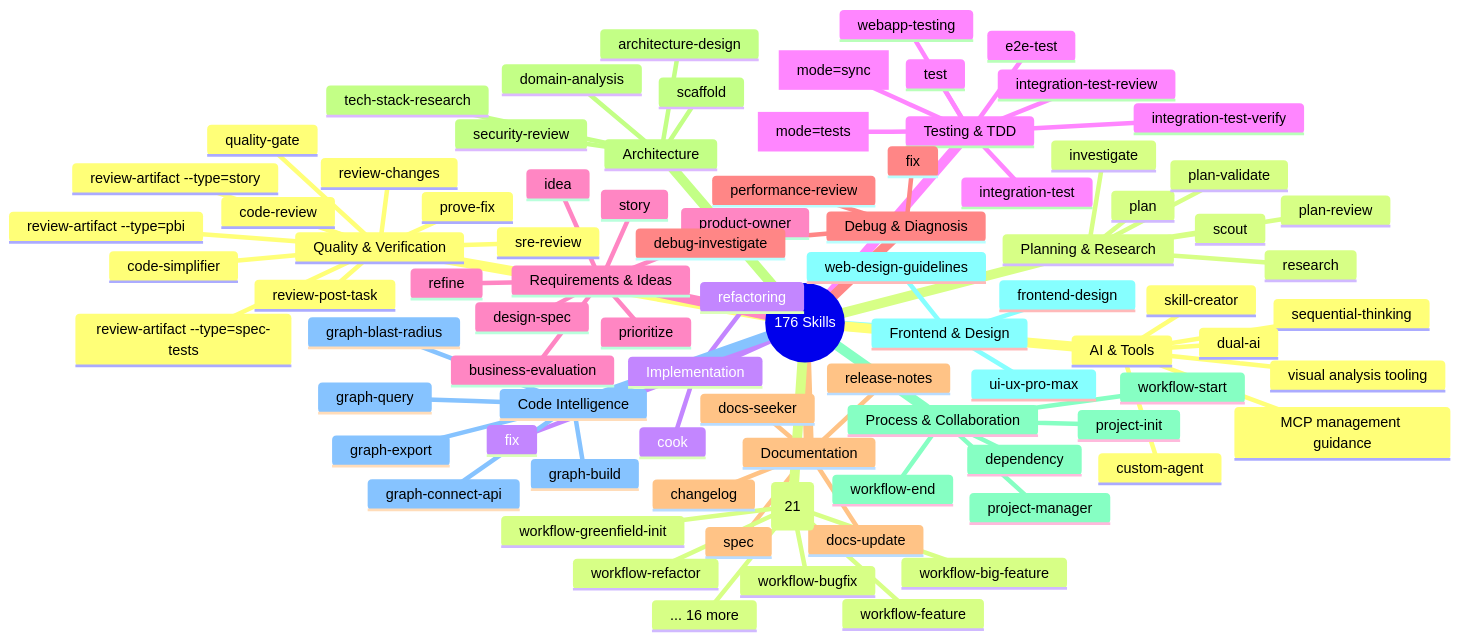
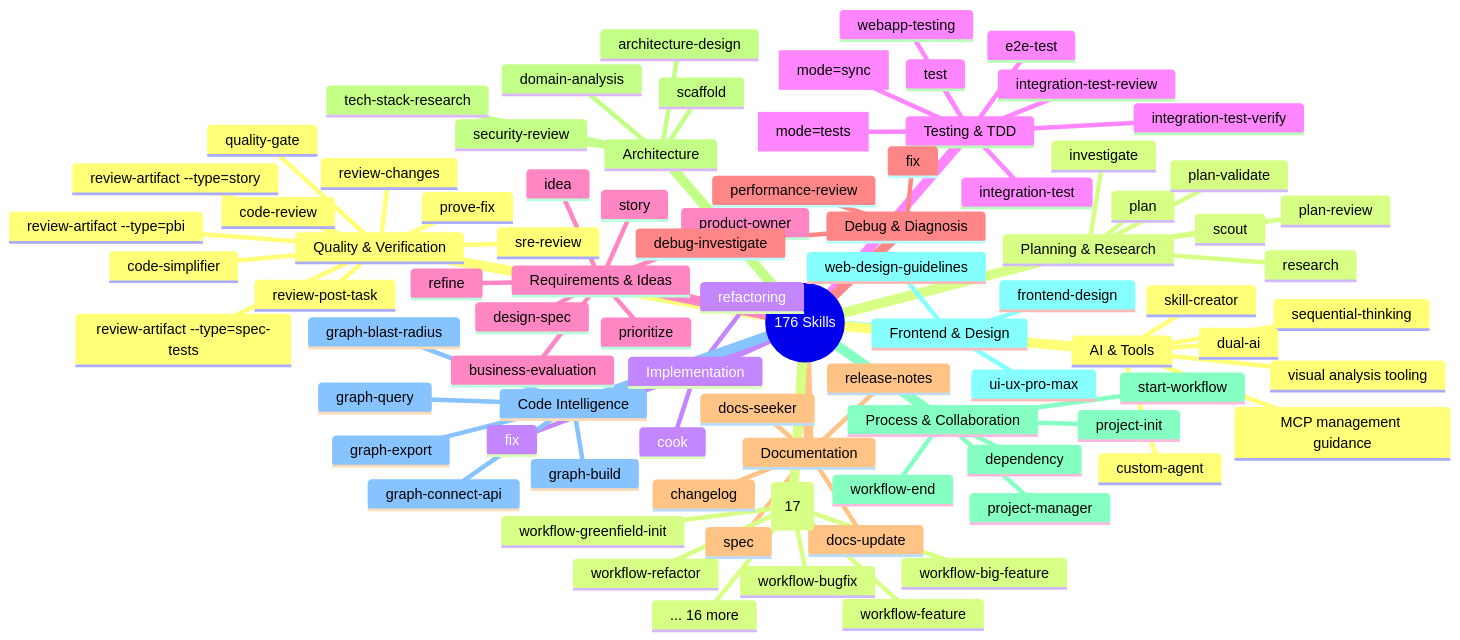
The fifth of 20 diagrams in .claude/docs/claude-ai-agent-framework-guide.md (duc01226/easy-claude), drawn with Mermaid before and after one commit. The commit also changed other lines of this file and 382 other files, not shown here.

```diff
--- a/.claude/docs/claude-ai-agent-framework-guide.md
+++ b/.claude/docs/claude-ai-agent-framework-guide.md
@@ -540,7 +540,7 @@
       scaffold
       tech-stack-research
     Process & Collaboration
-      workflow-start
+      start-workflow
       workflow-end
       project-init
       project-manager
@@ -562,7 +562,7 @@
       MCP management guidance
       skill-creator
       dual-ai
-    Workflow Triggers (21)
+    Workflow Triggers (17)
       workflow-feature
       workflow-big-feature
       workflow-bugfix
```
